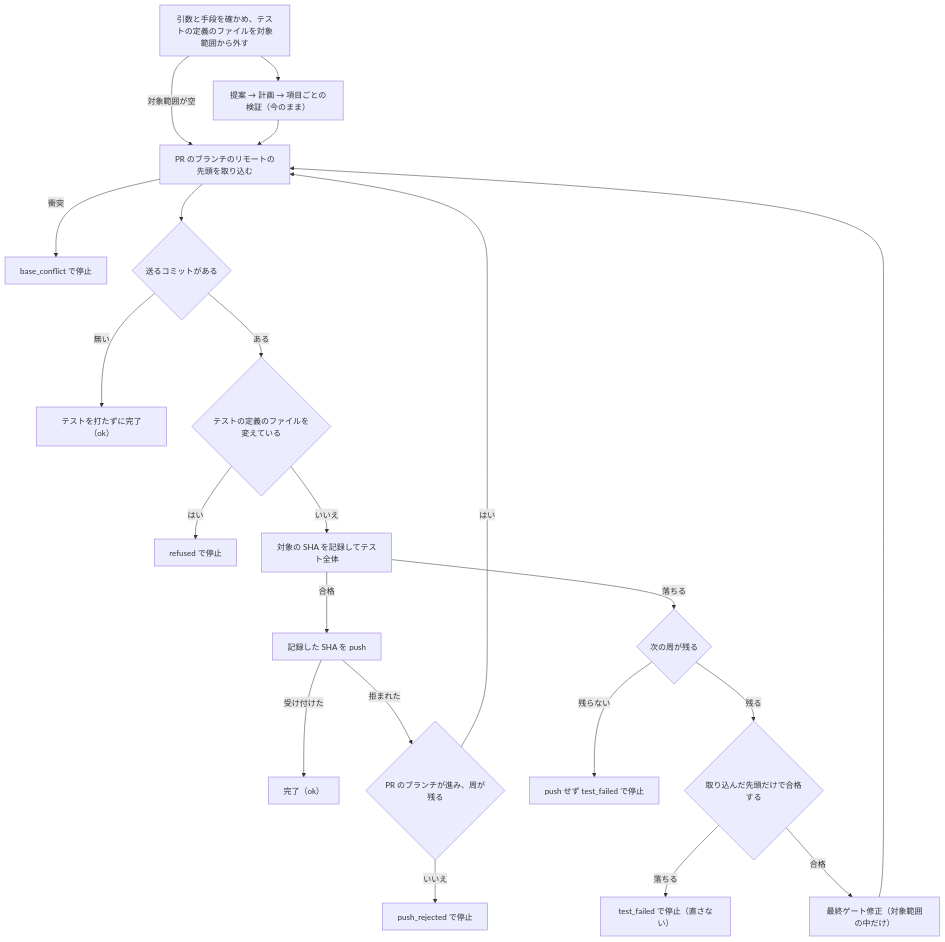
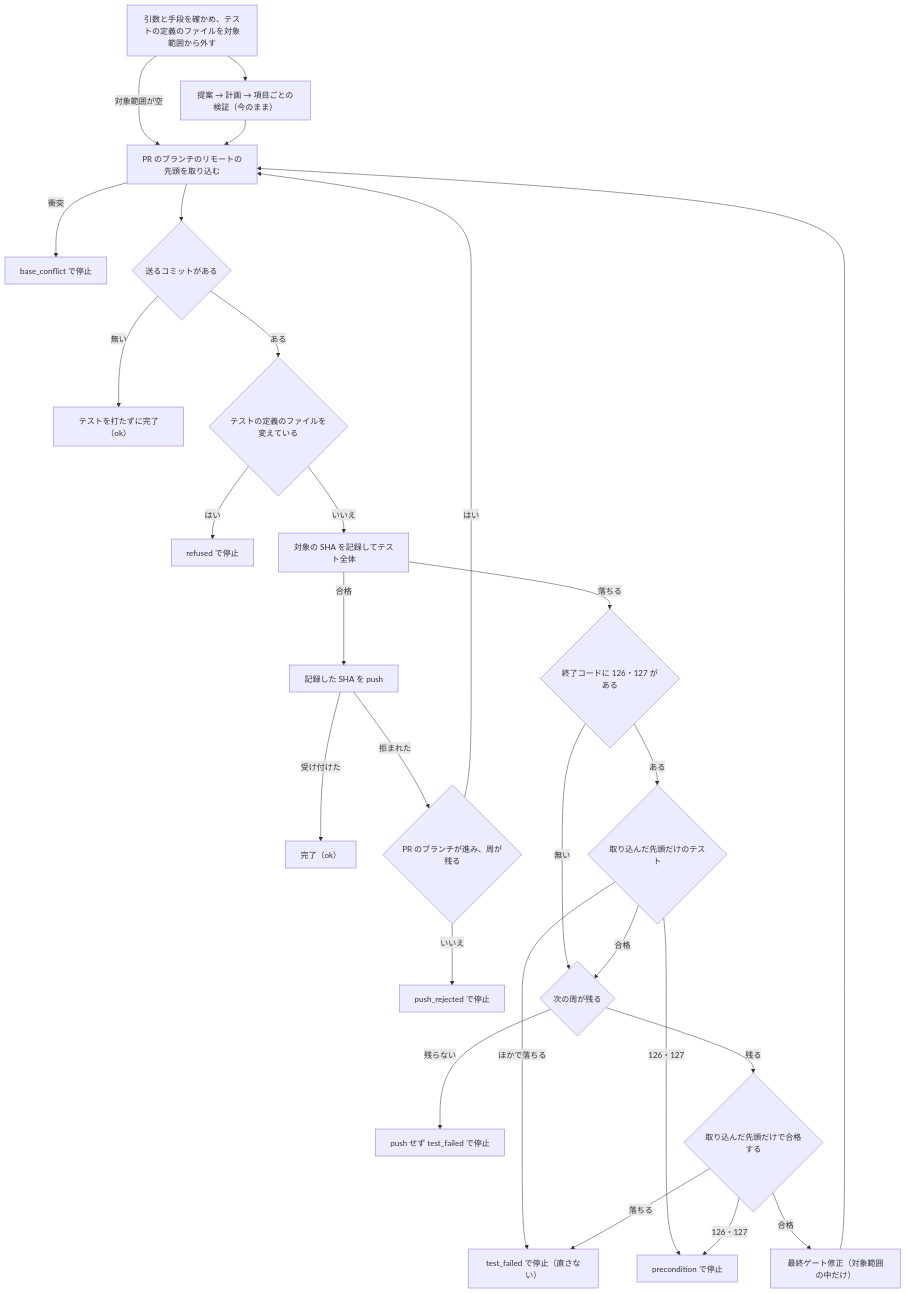
Before and after one commit to devbasex/ai-plugins: the fourth of 4 diagrams in issues/issue-4566-design.md, drawn with Mermaid. The commit also changed other lines of this file and 2 other files, not shown here.

````diff
--- a/issues/issue-4566-design.md
+++ b/issues/issue-4566-design.md
@@ -267,23 +277,29 @@
 ```mermaid
 graph TB
     A["引数と手段を確かめ、テストの定義のファイルを対象範囲から外す"] --> P["提案 → 計画 → 項目ごとの検証（今のまま）"]
     A -->|対象範囲が空| S
     P --> S["PR のブランチのリモートの先頭を取り込む"]
     S -->|衝突| Z["base_conflict で停止"]
     S --> N{"送るコミットがある"}
     N -->|無い| O0["テストを打たずに完了（ok）"]
     N -->|ある| D{"テストの定義のファイルを変えている"}
     D -->|はい| Z2["refused で停止"]
     D -->|いいえ| W["対象の SHA を記録してテスト全体"]
     W -->|合格| U["記録した SHA を push"]
     U -->|受け付けた| O["完了（ok）"]
     U -->|拒まれた| R{"PR のブランチが進み、周が残る"}
     R -->|はい| S
     R -->|いいえ| Q["push_rejected で停止"]
-    W -->|落ちる| L{"次の周が残る"}
+    W -->|落ちる| X{"終了コードに 126・127 がある"}
+    X -->|無い| L{"次の周が残る"}
+    X -->|ある| B{"取り込んだ先頭だけのテスト"}
+    B -->|126・127| Z3["precondition で停止"]
+    B -->|ほかで落ちる| Y0
+    B -->|合格| L
     L -->|残らない| Y["push せず test_failed で停止"]
     L -->|残る| C{"取り込んだ先頭だけで合格する"}
     C -->|落ちる| Y0["test_failed で停止（直さない）"]
+    C -->|126・127| Z3
     C -->|合格| F["最終ゲート修正（対象範囲の中だけ）"]
     F --> S
 ```
````
